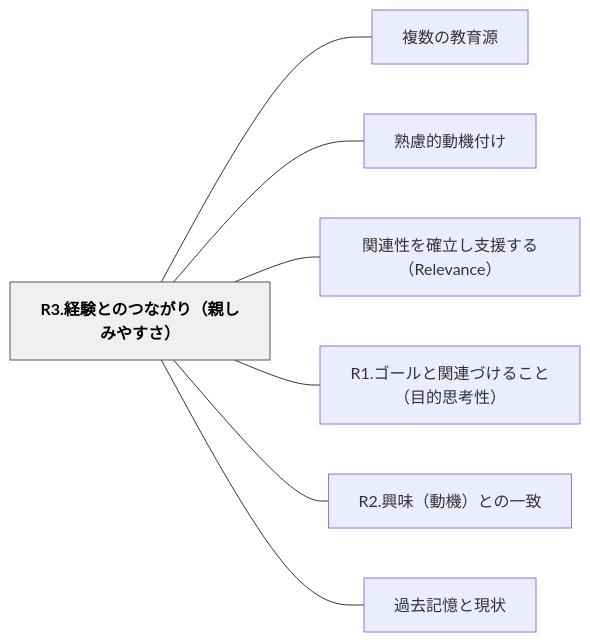
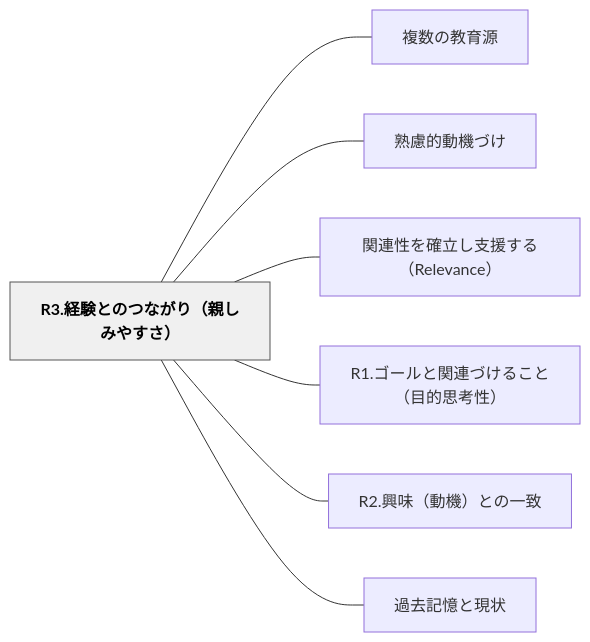
Before and after one commit to unknownthings-ed-patterns/unknownthings-ed-patterns: the diagram in content/パタン/R3.経験とのつながり（親しみやすさ）.md, drawn with Mermaid. The commit also changed other lines of this file and 234 other files, not shown here.

````diff
--- a/content/パタン/R3.経験とのつながり（親しみやすさ）.md
+++ b/content/パタン/R3.経験とのつながり（親しみやすさ）.md
@@ -37,20 +37,20 @@
 ```mermaid
 flowchart LR
     n52332ee7b58ce9a893e381a8e381aee381a4e381aae3818ce3828aefbc88e8a6aae38197e381bfe38284e38199e38195efbc89["R3.経験とのつながり（親しみやすさ）"]
     ne8a487e695b0e381aee69599e882b2e6ba90["複数の教育源"]
-    ne7869fe685aee79a84e58b95e6a99fe4bb98e38191["熟慮的動機付け"]
+    ne7869fe685aee79a84e58b95e6a99fe381a5e38191["熟慮的動機づけ"]
     ne996a2e980a3e680a7e38292e7a2bae7ab8be38197e694afe68fb4e38199e3828befbc8852656c6576616e6365efbc89["関連性を確立し支援する（Relevance）"]
     n52312ee382b4e383bce383abe381a8e996a2e980a3e381a5e38191e3828be38193e381a8efbc88e79baee79a84e6809de88083e680a7efbc89["R1.ゴールと関連づけること（目的思考性）"]
     n52322ee88888e591b3efbc88e58b95e6a99fefbc89e381a8e381aee4b880e887b4["R2.興味（動機）との一致"]
     ne9818ee58ebbe8a898e686b6e381a8e78fbee78ab6["過去記憶と現状"]
 
     n52332ee7b58ce9a893e381a8e381aee381a4e381aae3818ce3828aefbc88e8a6aae38197e381bfe38284e38199e38195efbc89 --- ne8a487e695b0e381aee69599e882b2e6ba90
-    n52332ee7b58ce9a893e381a8e381aee381a4e381aae3818ce3828aefbc88e8a6aae38197e381bfe38284e38199e38195efbc89 --- ne7869fe685aee79a84e58b95e6a99fe4bb98e38191
+    n52332ee7b58ce9a893e381a8e381aee381a4e381aae3818ce3828aefbc88e8a6aae38197e381bfe38284e38199e38195efbc89 --- ne7869fe685aee79a84e58b95e6a99fe381a5e38191
     n52332ee7b58ce9a893e381a8e381aee381a4e381aae3818ce3828aefbc88e8a6aae38197e381bfe38284e38199e38195efbc89 --- ne996a2e980a3e680a7e38292e7a2bae7ab8be38197e694afe68fb4e38199e3828befbc8852656c6576616e6365efbc89
     n52332ee7b58ce9a893e381a8e381aee381a4e381aae3818ce3828aefbc88e8a6aae38197e381bfe38284e38199e38195efbc89 --- n52312ee382b4e383bce383abe381a8e996a2e980a3e381a5e38191e3828be38193e381a8efbc88e79baee79a84e6809de88083e680a7efbc89
     n52332ee7b58ce9a893e381a8e381aee381a4e381aae3818ce3828aefbc88e8a6aae38197e381bfe38284e38199e38195efbc89 --- n52322ee88888e591b3efbc88e58b95e6a99fefbc89e381a8e381aee4b880e887b4
     n52332ee7b58ce9a893e381a8e381aee381a4e381aae3818ce3828aefbc88e8a6aae38197e381bfe38284e38199e38195efbc89 --- ne9818ee58ebbe8a898e686b6e381a8e78fbee78ab6
 
     classDef hub fill:#f0f0f0,stroke:#555,color:#000,font-weight:bold
     class n52332ee7b58ce9a893e381a8e381aee381a4e381aae3818ce3828aefbc88e8a6aae38197e381bfe38284e38199e38195efbc89 hub
 ```
````
